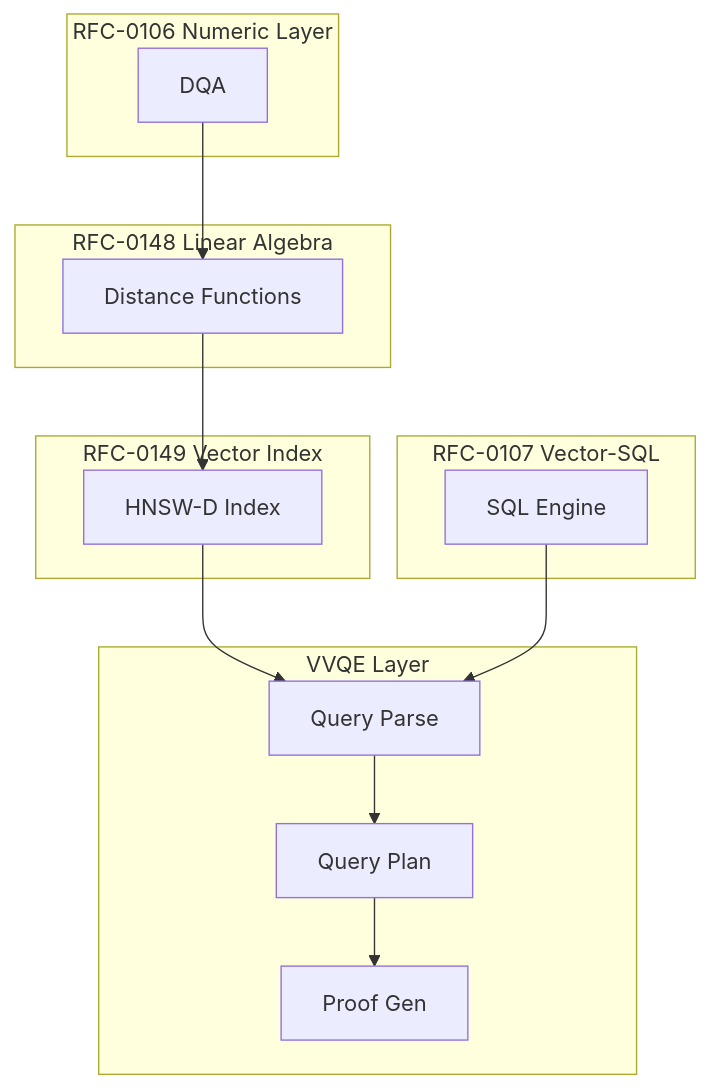
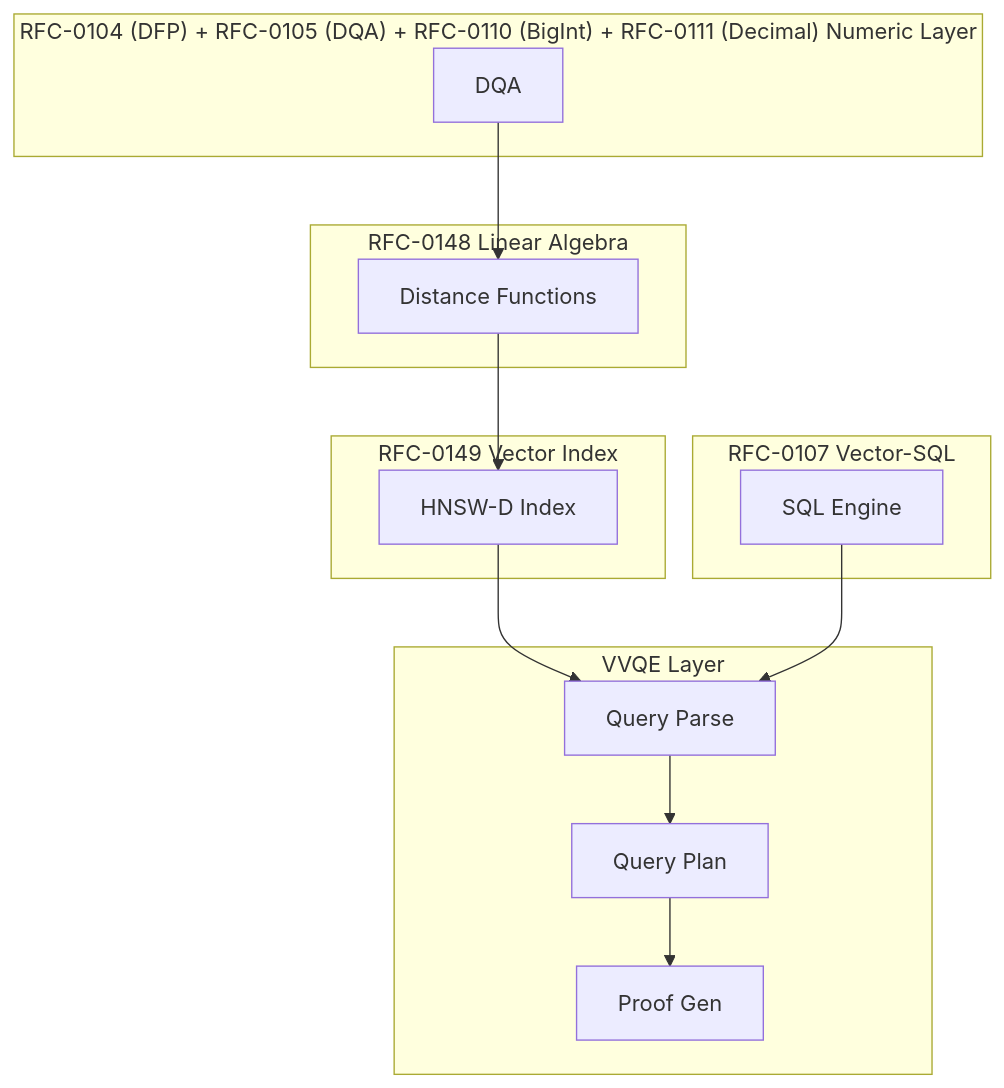
Before and after one commit to CipherOcto/cipherocto: the diagram in rfcs/draft/retrieval/0304-verifiable-vector-query-execution.md, drawn with Mermaid. The commit also changed other lines of this file and 281 other files, not shown here.

````diff
--- a/rfcs/draft/retrieval/0304-verifiable-vector-query-execution.md
+++ b/rfcs/draft/retrieval/0304-verifiable-vector-query-execution.md
@@ -41,31 +41,31 @@
 ```mermaid
 graph TB
-    subgraph "RFC-0106 Numeric Layer"
+    subgraph "RFC-0104 (DFP) + RFC-0105 (DQA) + RFC-0110 (BigInt) + RFC-0111 (Decimal) Numeric Layer"
         DQA[DQA]
     end
 
     subgraph "RFC-0148 Linear Algebra"
         DIST[Distance Functions]
     end
 
     subgraph "RFC-0149 Vector Index"
         HNSW[HNSW-D Index]
     end
 
     subgraph "RFC-0107 Vector-SQL"
         SQL[SQL Engine]
     end
 
     subgraph "VVQE Layer"
         PARSE[Query Parse]
         PLAN[Query Plan]
         PROOF[Proof Gen]
     end
 
     DQA --> DIST
     DIST --> HNSW
     HNSW --> PARSE
     SQL --> PARSE
     PARSE --> PLAN
     PLAN --> PROOF
 ```
````
